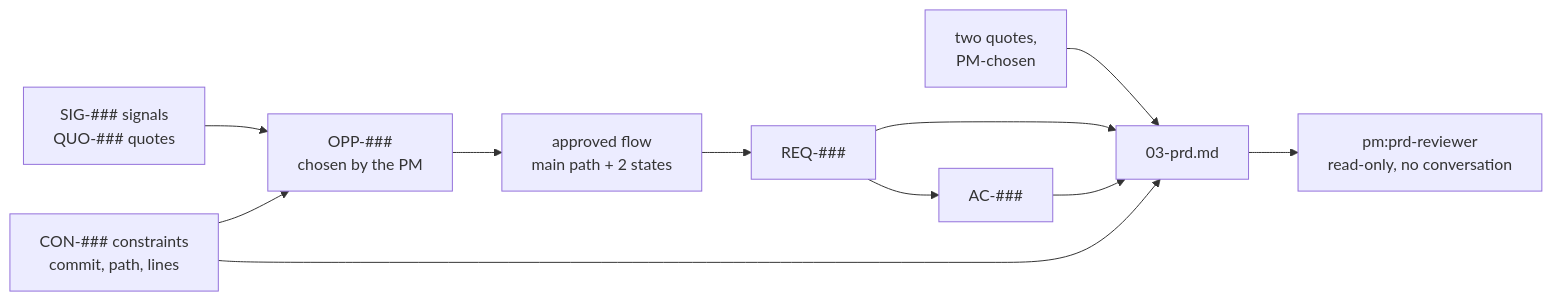
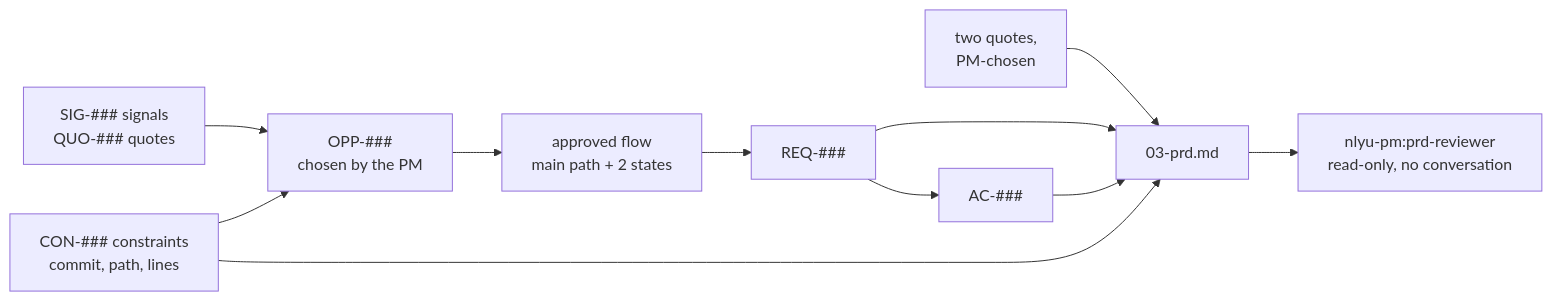
The diagram in docs/skills/prd.md (niancilyu-2/nlyu-pm), drawn with Mermaid before and after one commit. The commit also changed other lines of this file and 48 other files, not shown here.

````diff
--- a/docs/skills/prd.md
+++ b/docs/skills/prd.md
@@ -51,12 +51,12 @@
 ```mermaid
 flowchart LR
   SIG["SIG-### signals<br/>QUO-### quotes"] --> OPP["OPP-###<br/>chosen by the PM"]
   CON["CON-### constraints<br/>commit, path, lines"] --> OPP
   OPP --> FLOW["approved flow<br/>main path + 2 states"]
   FLOW --> REQ["REQ-###"] --> AC["AC-###"]
   QUO["two quotes,<br/>PM-chosen"] --> PRD["03-prd.md"]
   REQ --> PRD
   AC --> PRD
   CON --> PRD
-  PRD --> REV["pm:prd-reviewer<br/>read-only, no conversation"]
+  PRD --> REV["nlyu-pm:prd-reviewer<br/>read-only, no conversation"]
 ```
````
